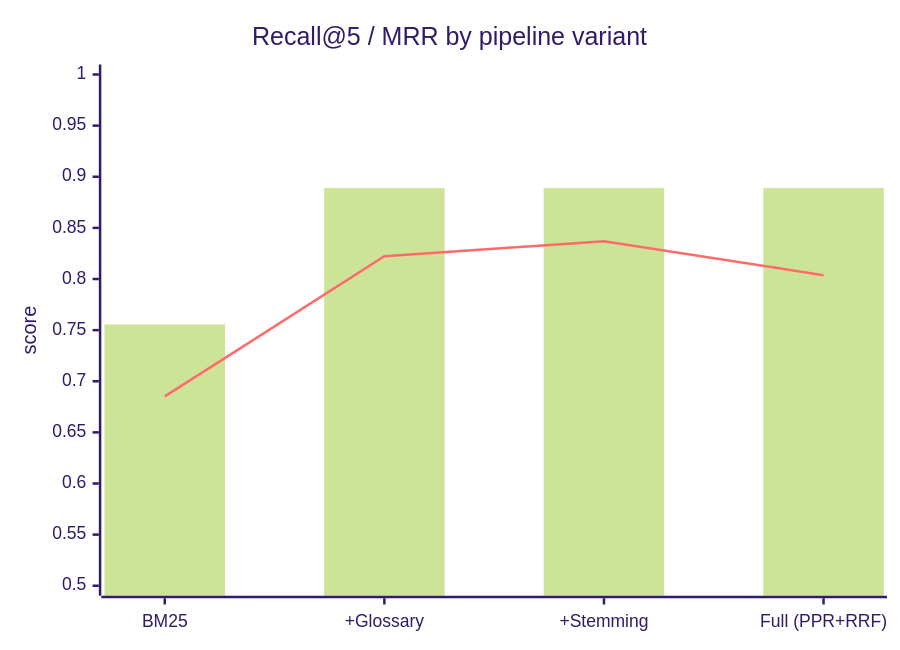
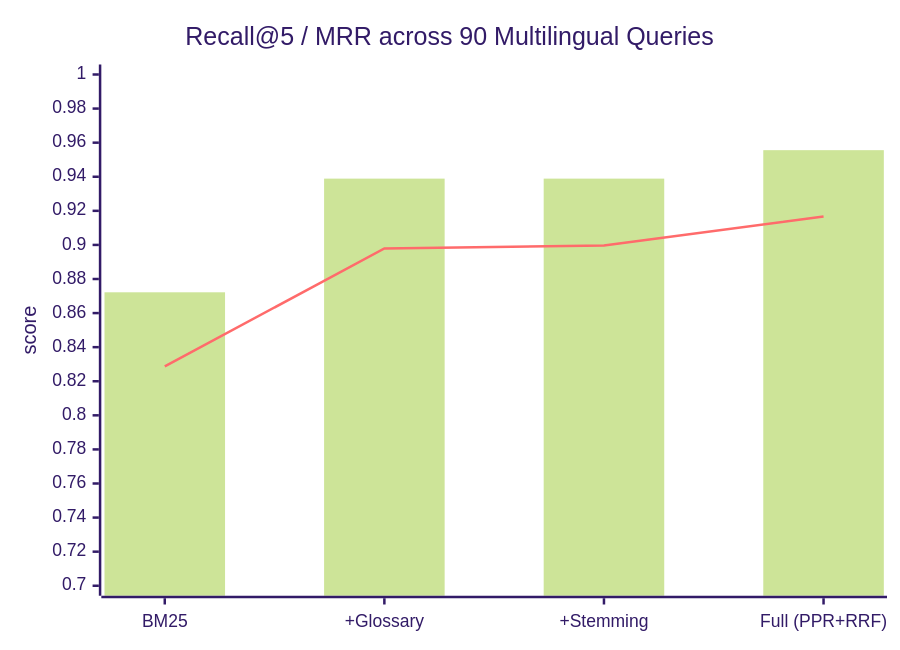
One commit to OurCreativity/ruas changed the seventh of 8 diagrams in README.md. Above: the diagram before and after it, drawn with Mermaid (forest theme). The commit also changed other lines of this file and 79 other files, not shown here.

First line of the commit message:
feat(release): release v1.4.0 with multilingual ASTs, 90-query benchmark, architecture presets, and MCP polish

````diff
--- a/README.md
+++ b/README.md
@@ -229,8 +245,8 @@
 ```mermaid
 xychart-beta
-    title "Recall@5 / MRR by pipeline variant"
+    title "Recall@5 / MRR across 90 Multilingual Queries"
     x-axis ["BM25", "+Glossary", "+Stemming", "Full (PPR+RRF)"]
-    y-axis "score" 0.5 --> 1.0
-    bar [0.7556, 0.8889, 0.8889, 0.8889]
-    line [0.6852, 0.8222, 0.8370, 0.8037]
+    y-axis "score" 0.70 --> 1.0
+    bar [0.8722, 0.9389, 0.9389, 0.9556]
+    line [0.8287, 0.8979, 0.8997, 0.9167]
 ```
````
